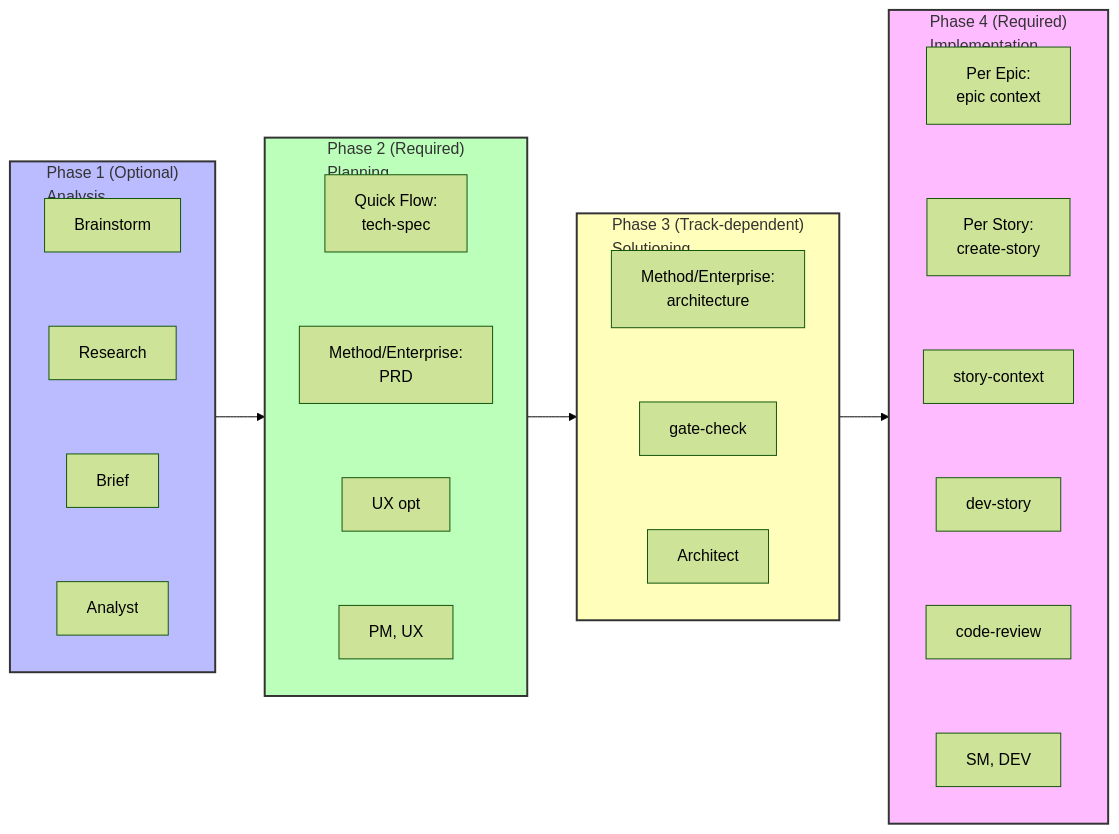
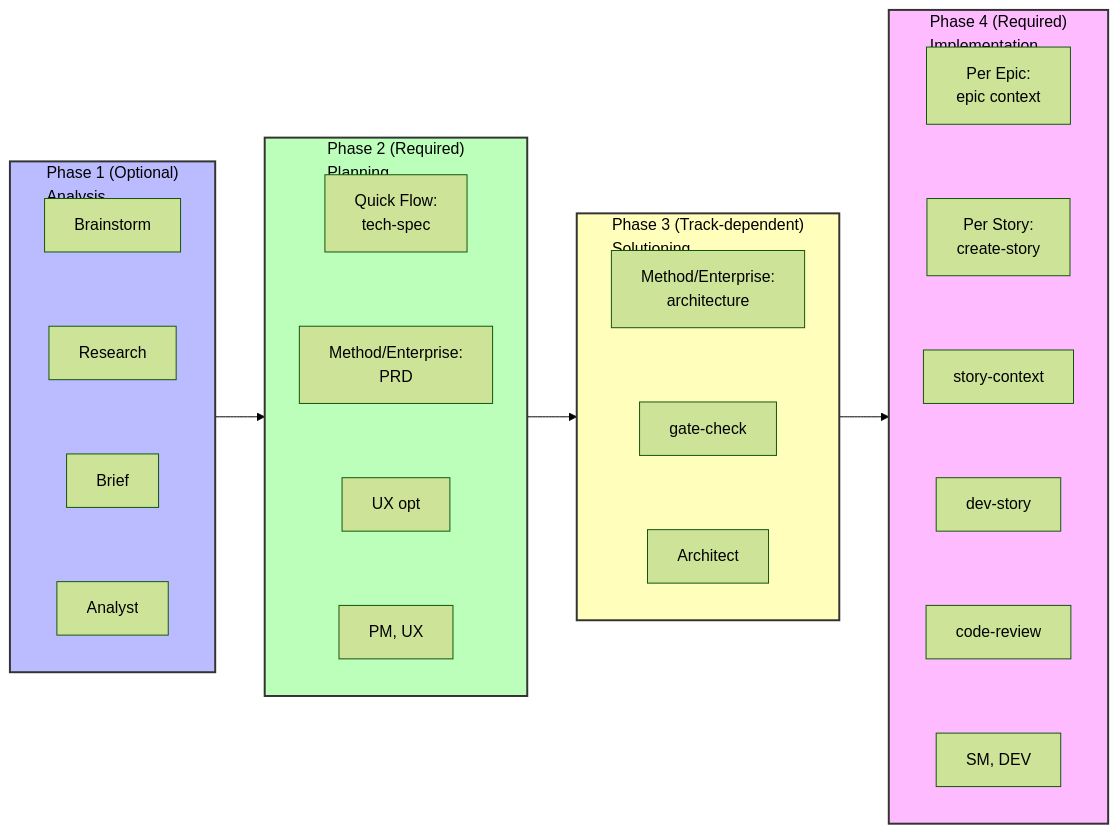
The diagram in bmad/bmm/docs/quick-start.md (steven-d-pennington/symptom-tracker), drawn with Mermaid (forest theme) before and after one commit. The commit also changed other lines of this file and 204 other files, not shown here.

````diff
--- a/bmad/bmm/docs/quick-start.md
+++ b/bmad/bmm/docs/quick-start.md
@@ -283,48 +283,48 @@
 ```mermaid
 flowchart LR
     subgraph P1["Phase 1 (Optional)<br/>Analysis"]
         direction TB
         A1[Brainstorm]
         A2[Research]
         A3[Brief]
         A4[Analyst]
         A1 ~~~ A2 ~~~ A3 ~~~ A4
     end
 
     subgraph P2["Phase 2 (Required)<br/>Planning"]
         direction TB
         B1[Quick Flow:<br/>tech-spec]
         B2[Method/Enterprise:<br/>PRD]
         B3[UX opt]
         B4[PM, UX]
         B1 ~~~ B2 ~~~ B3 ~~~ B4
     end
 
     subgraph P3["Phase 3 (Track-dependent)<br/>Solutioning"]
         direction TB
         C1[Method/Enterprise:<br/>architecture]
         C2[gate-check]
         C3[Architect]
         C1 ~~~ C2 ~~~ C3
     end
 
     subgraph P4["Phase 4 (Required)<br/>Implementation"]
         direction TB
         D1[Per Epic:<br/>epic context]
         D2[Per Story:<br/>create-story]
         D3[story-context]
         D4[dev-story]
         D5[code-review]
         D6[SM, DEV]
         D1 ~~~ D2 ~~~ D3 ~~~ D4 ~~~ D5 ~~~ D6
     end
 
     P1 --> P2
     P2 --> P3
     P3 --> P4
 
-    style P1 fill:#bbf,stroke:#333,stroke-width:2px
-    style P2 fill:#bfb,stroke:#333,stroke-width:2px
-    style P3 fill:#ffb,stroke:#333,stroke-width:2px
-    style P4 fill:#fbf,stroke:#333,stroke-width:2px
+    style P1 fill:#bbf,stroke:#333,stroke-width:2px,color:#000
+    style P2 fill:#bfb,stroke:#333,stroke-width:2px,color:#000
+    style P3 fill:#ffb,stroke:#333,stroke-width:2px,color:#000
+    style P4 fill:#fbf,stroke:#333,stroke-width:2px,color:#000
 ```
````
